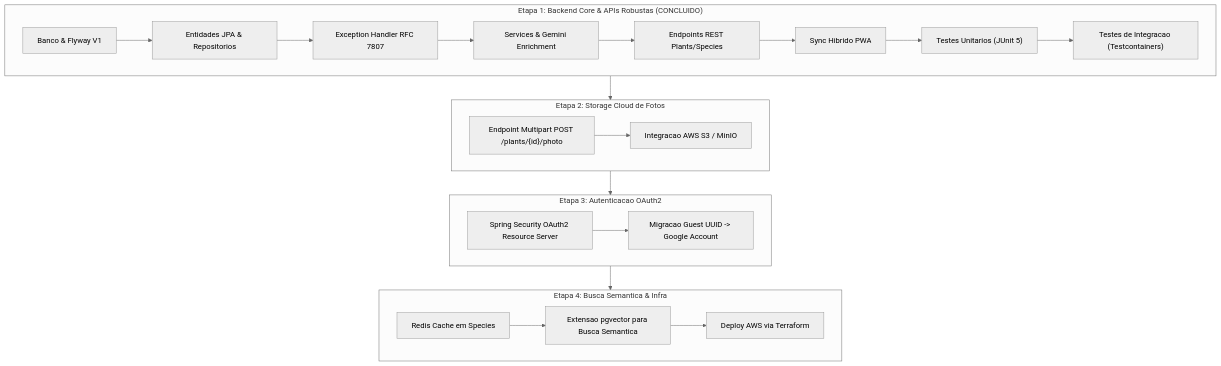
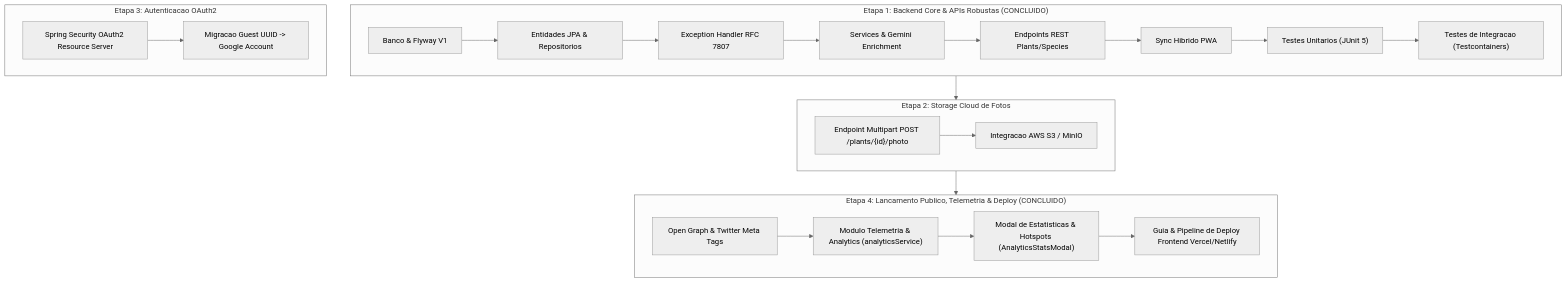
Before and after one commit to naur-Io/Canto-Alegre: the first of 2 diagrams in studies/01-ROADMAP_E_ARQUITETURA.md, drawn with Mermaid (neutral theme). The commit also changed 11 other files, not shown here.

Commit message:
feat(telemetry): add analytics service, stats modal, social meta tags and v1.7.0 launch guide

````diff
--- a/studies/01-ROADMAP_E_ARQUITETURA.md
+++ b/studies/01-ROADMAP_E_ARQUITETURA.md
@@ -21,27 +21,28 @@
 ```mermaid
 flowchart TD
     subgraph E1["Etapa 1: Backend Core & APIs Robustas (CONCLUIDO)"]
         A1["Banco & Flyway V1"] --> A2["Entidades JPA & Repositorios"]
         A2 --> A3["Exception Handler RFC 7807"]
         A3 --> A4["Services & Gemini Enrichment"]
         A4 --> A5["Endpoints REST Plants/Species"]
         A5 --> A6["Sync Hibrido PWA"]
         A6 --> A7["Testes Unitarios (JUnit 5)"]
         A7 --> A8["Testes de Integracao (Testcontainers)"]
     end
 
     subgraph E2["Etapa 2: Storage Cloud de Fotos"]
         B1["Endpoint Multipart POST /plants/{id}/photo"] --> B2["Integracao AWS S3 / MinIO"]
     end
 
     subgraph E3["Etapa 3: Autenticacao OAuth2"]
         C1["Spring Security OAuth2 Resource Server"] --> C2["Migracao Guest UUID -> Google Account"]
     end
 
-    subgraph E4["Etapa 4: Busca Semantica & Infra"]
-        D1["Redis Cache em Species"] --> D2["Extensao pgvector para Busca Semantica"]
-        D2 --> D3["Deploy AWS via Terraform"]
+    subgraph E4["Etapa 4: Lancamento Publico, Telemetria & Deploy (CONCLUIDO)"]
+        D1["Open Graph & Twitter Meta Tags"] --> D2["Modulo Telemetria & Analytics (analyticsService)"]
+        D2 --> D3["Modal de Estatisticas & Hotspots (AnalyticsStatsModal)"]
+        D3 --> D4["Guia & Pipeline de Deploy Frontend Vercel/Netlify"]
     end
 
-    E1 --> E2 --> E3 --> E4
+    E1 --> E2 --> E4
 ```
````
